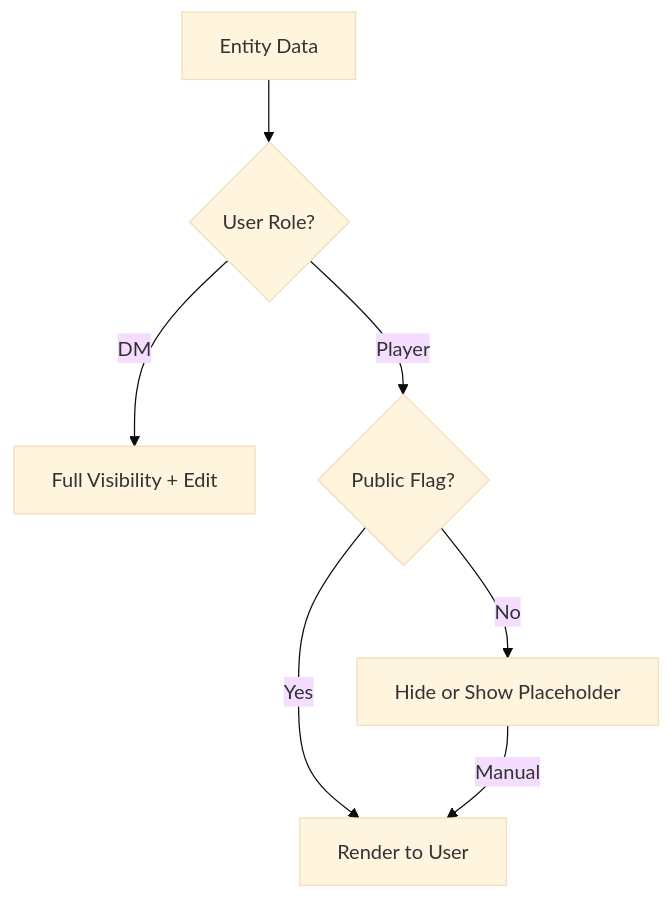
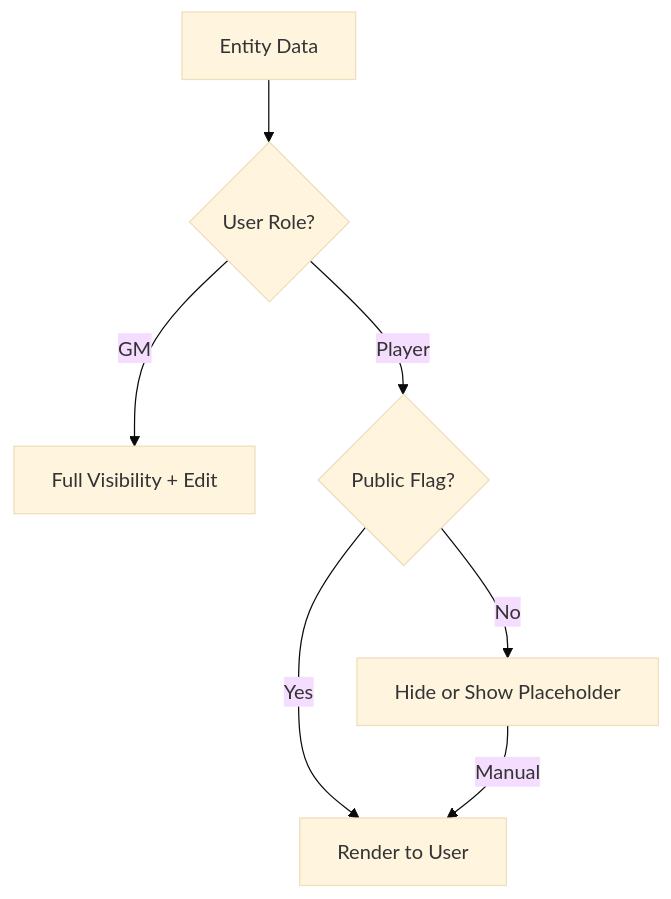
Before and after one commit to myarichuk/TTRPG.Codex: the diagram in docs/PLAYER_DM_MODES.md, drawn with Mermaid (base theme). The commit also changed other lines of this file and 38 other files, not shown here.

````diff
--- a/docs/PLAYER_DM_MODES.md
+++ b/docs/PLAYER_DM_MODES.md
@@ -9,9 +9,9 @@
 ```mermaid
 graph TD
-    Data[Entity Data] --> DM{User Role?}
-    DM -- DM --> Full[Full Visibility + Edit]
-    DM -- Player --> Status{Public Flag?}
+    Data[Entity Data] --> GM{User Role?}
+    GM -- GM --> Full[Full Visibility + Edit]
+    GM -- Player --> Status{Public Flag?}
     Status -- Yes --> Reveal[Render to User]
     Status -- No --> Hide[Hide or Show Placeholder]
     Hide -- Manual --> Reveal
 ```
````
